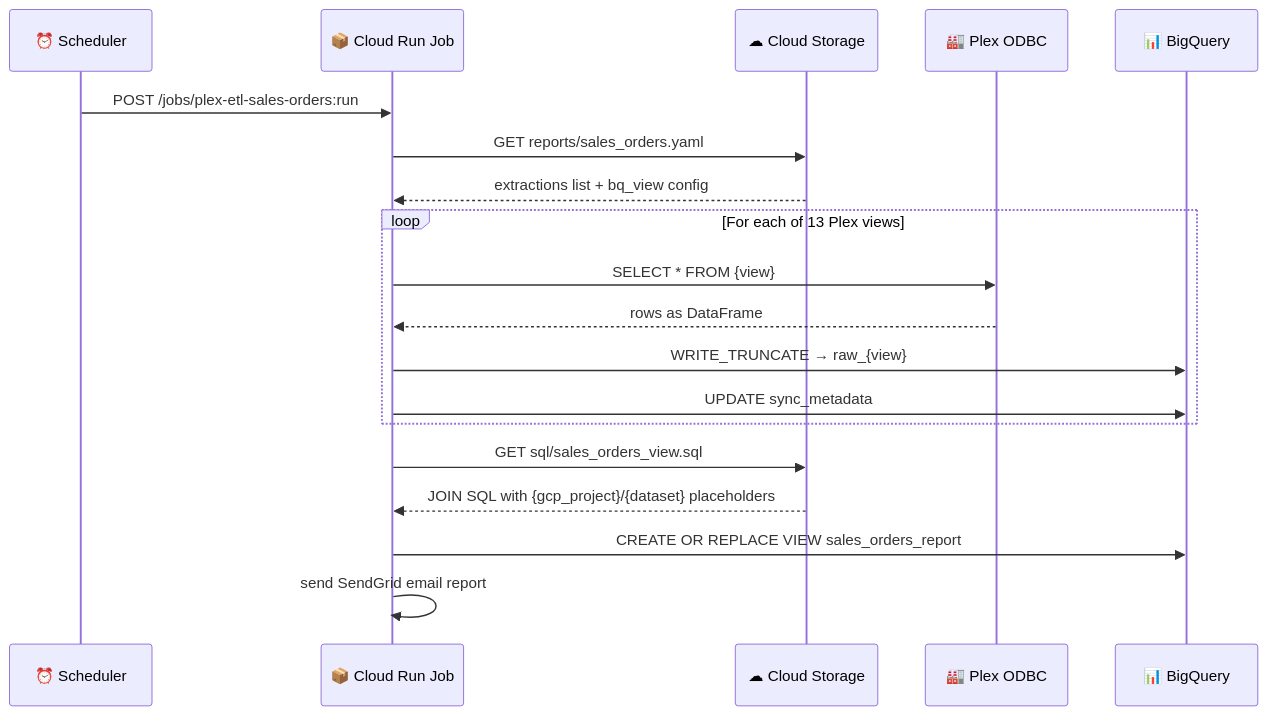
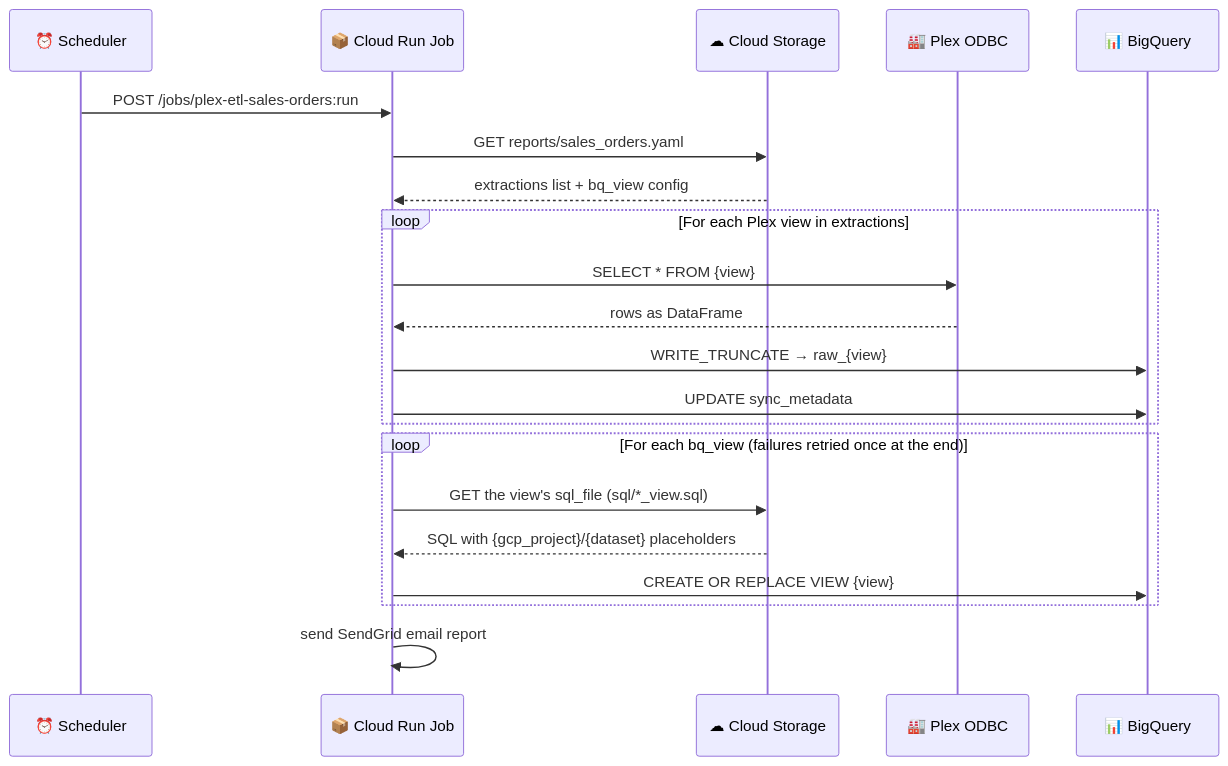
One commit to Parasol-Group-Inc/plex-to-big-query changed the third of 3 diagrams in docs/CHEATSHEET.md. Above: the diagram before and after it, drawn with Mermaid. The commit also changed other lines of this file, not shown here.

````diff
--- a/docs/CHEATSHEET.md
+++ b/docs/CHEATSHEET.md
@@ -149,22 +365,24 @@
 ```mermaid
 sequenceDiagram
     participant SCHED as ⏰ Scheduler
     participant CR as 📦 Cloud Run Job
     participant GCS as ☁ Cloud Storage
     participant PLEX as 🏭 Plex ODBC
     participant BQ as 📊 BigQuery
 
     SCHED->>CR: POST /jobs/plex-etl-sales-orders:run
     CR->>GCS: GET reports/sales_orders.yaml
     GCS-->>CR: extractions list + bq_view config
-    loop For each of 13 Plex views
+    loop For each Plex view in extractions
         CR->>PLEX: SELECT * FROM {view}
         PLEX-->>CR: rows as DataFrame
         CR->>BQ: WRITE_TRUNCATE → raw_{view}
         CR->>BQ: UPDATE sync_metadata
     end
-    CR->>GCS: GET sql/sales_orders_view.sql
-    GCS-->>CR: JOIN SQL with {gcp_project}/{dataset} placeholders
-    CR->>BQ: CREATE OR REPLACE VIEW sales_orders_report
+    loop For each bq_view (failures retried once at the end)
+        CR->>GCS: GET the view's sql_file (sql/*_view.sql)
+        GCS-->>CR: SQL with {gcp_project}/{dataset} placeholders
+        CR->>BQ: CREATE OR REPLACE VIEW {view}
+    end
     CR->>CR: send SendGrid email report
 ```
````
